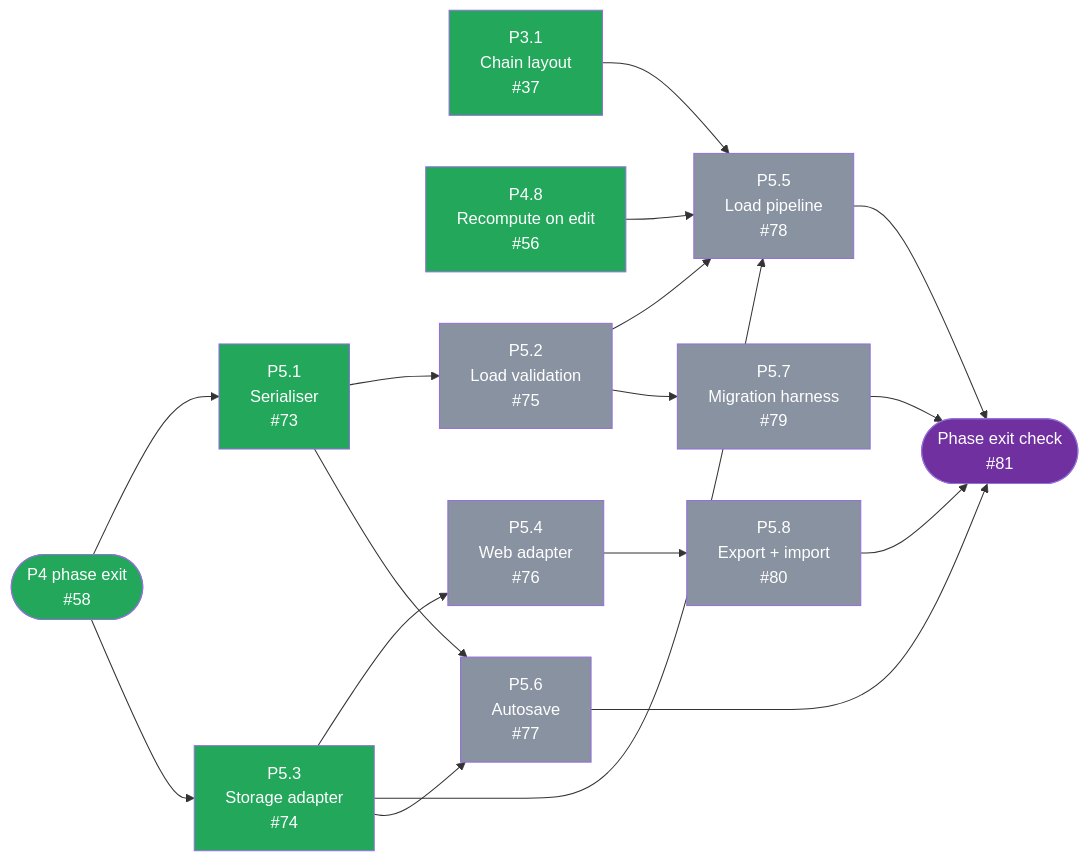
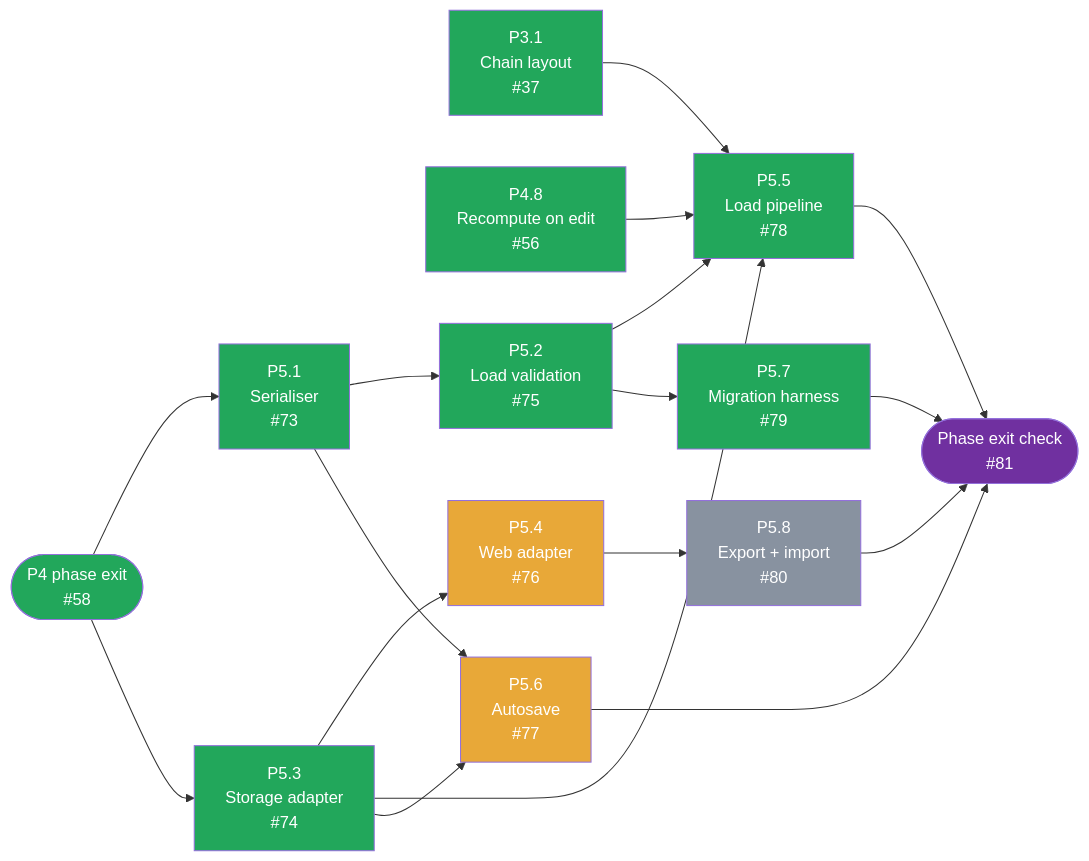
The fourth of 5 diagrams in docs/DEVELOPMENT_PLAN.md (tousifosman/CalcMind), drawn with Mermaid before and after one commit. The commit also changed other lines of this file and 13 other files, not shown here.

````diff
--- a/docs/DEVELOPMENT_PLAN.md
+++ b/docs/DEVELOPMENT_PLAN.md
@@ -726,45 +726,45 @@
 ```mermaid
 flowchart LR
     P4EXIT(["P4 phase exit<br/>#58"])
     P31["P3.1<br/>Chain layout<br/>#37"]
     P48["P4.8<br/>Recompute on edit<br/>#56"]
     P51["P5.1<br/>Serialiser<br/>#73"]
     P52["P5.2<br/>Load validation<br/>#75"]
     P53["P5.3<br/>Storage adapter<br/>#74"]
     P54["P5.4<br/>Web adapter<br/>#76"]
     P55["P5.5<br/>Load pipeline<br/>#78"]
     P56["P5.6<br/>Autosave<br/>#77"]
     P57["P5.7<br/>Migration harness<br/>#79"]
     P58["P5.8<br/>Export + import<br/>#80"]
     EXIT(["Phase exit check<br/>#81"])
 
     P4EXIT --> P51
     P4EXIT --> P53
     P51 --> P52
     P53 --> P54
     P52 --> P55
     P53 --> P55
     P31 --> P55
     P48 --> P55
     P51 --> P56
     P53 --> P56
     P52 --> P57
     P54 --> P58
     P55 --> EXIT
     P56 --> EXIT
     P57 --> EXIT
     P58 --> EXIT
 
     style P4EXIT fill:#22A75B,color:#fff
     style P31 fill:#22A75B,color:#fff
     style P48 fill:#22A75B,color:#fff
     style P51 fill:#22A75B,color:#fff
-    style P52 fill:#8892A0,color:#fff
+    style P52 fill:#22A75B,color:#fff
     style P53 fill:#22A75B,color:#fff
-    style P54 fill:#8892A0,color:#fff
-    style P55 fill:#8892A0,color:#fff
-    style P56 fill:#8892A0,color:#fff
-    style P57 fill:#8892A0,color:#fff
+    style P54 fill:#E8A838,color:#fff
+    style P55 fill:#22A75B,color:#fff
+    style P56 fill:#E8A838,color:#fff
+    style P57 fill:#22A75B,color:#fff
     style P58 fill:#8892A0,color:#fff
     style EXIT fill:#7030A0,color:#fff
 ```
````
